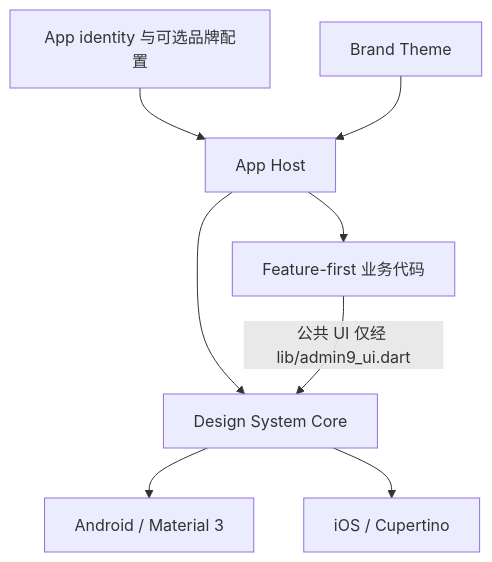
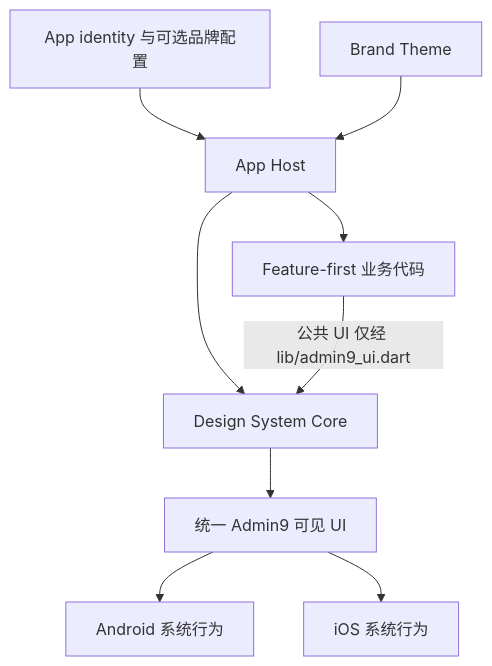
One commit to admin9-labs/admin9-app-flutter changed the diagram in docs/zh-CN/README.md. Above: the diagram before and after it, drawn with Mermaid. The commit also changed other lines of this file and 50 other files, not shown here.

````diff
--- a/docs/zh-CN/README.md
+++ b/docs/zh-CN/README.md
@@ -27,10 +28,11 @@
 ```mermaid
 flowchart TB
     I["App identity 与可选品牌配置"] --> H["App Host"]
     B["Brand Theme"] --> H
     H --> C["Design System Core"]
     H --> F["Feature-first 业务代码"]
     F -->|"公共 UI 仅经 lib/admin9_ui.dart"| C
-    C --> A["Android / Material 3"]
-    C --> P["iOS / Cupertino"]
+    C --> U["统一 Admin9 可见 UI"]
+    U --> A["Android 系统行为"]
+    U --> P["iOS 系统行为"]
 ```
````
